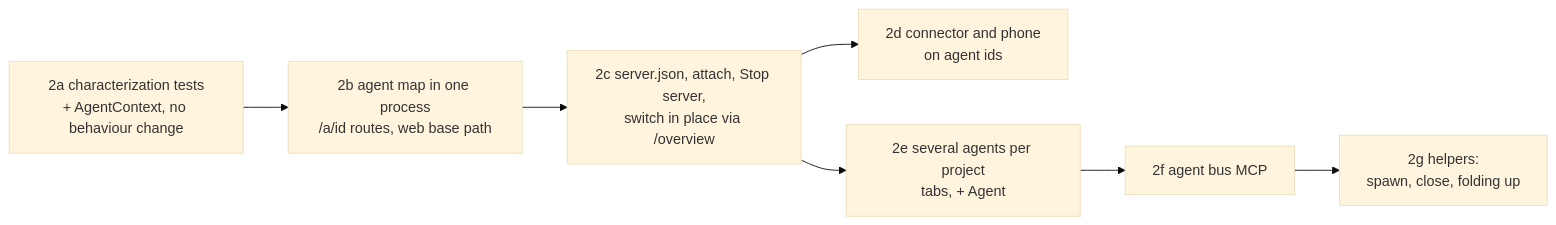
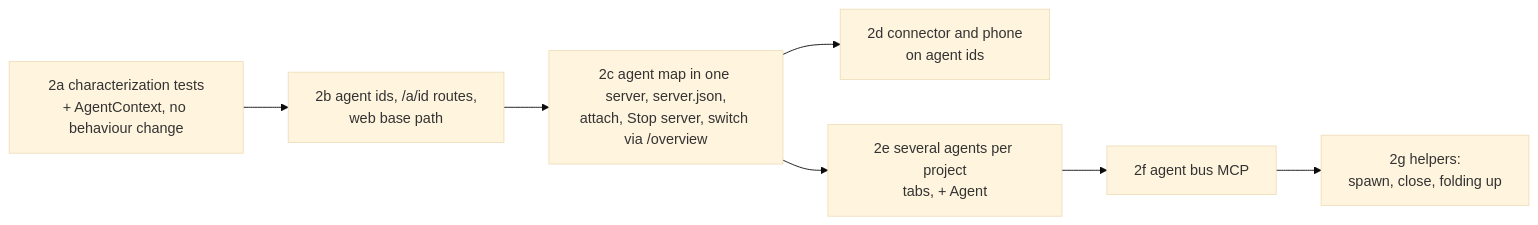
One commit to iCubeDm/nota-bene-ide changed the sixth of 6 diagrams in docs/superpowers/specs/2026-11-22-one-server-and-agent-bus-design.md. Above: the diagram before and after it, drawn with Mermaid (base theme). The commit also changed 15 other files, not shown here.

````diff
--- a/docs/superpowers/specs/2026-11-22-one-server-and-agent-bus-design.md
+++ b/docs/superpowers/specs/2026-11-22-one-server-and-agent-bus-design.md
@@ -258,8 +258,8 @@
 ```mermaid
 flowchart LR
-  A[2a characterization tests<br/>+ AgentContext, no behaviour change] --> B[2b agent map in one process<br/>/a/id routes, web base path]
-  B --> C[2c server.json, attach, Stop server,<br/>switch in place via /overview]
+  A[2a characterization tests<br/>+ AgentContext, no behaviour change] --> B[2b agent ids, /a/id routes,<br/>web base path]
+  B --> C[2c agent map in one server, server.json,<br/>attach, Stop server, switch via /overview]
   C --> D[2d connector and phone<br/>on agent ids]
   C --> E[2e several agents per project<br/>tabs, + Agent]
   E --> F[2f agent bus MCP] --> G[2g helpers:<br/>spawn, close, folding up]
 ```
````
